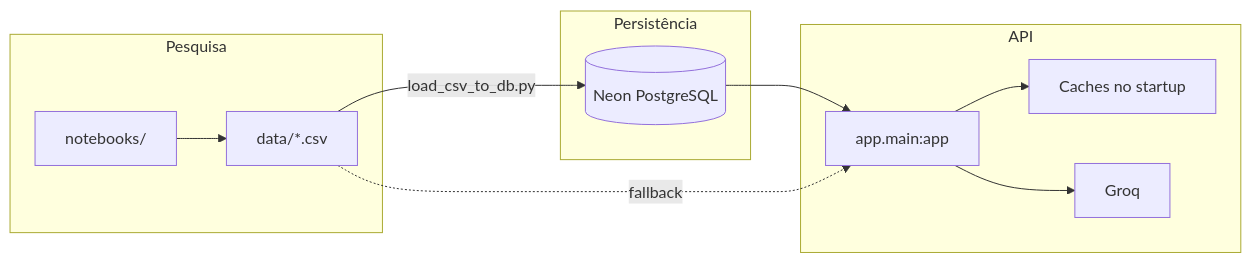
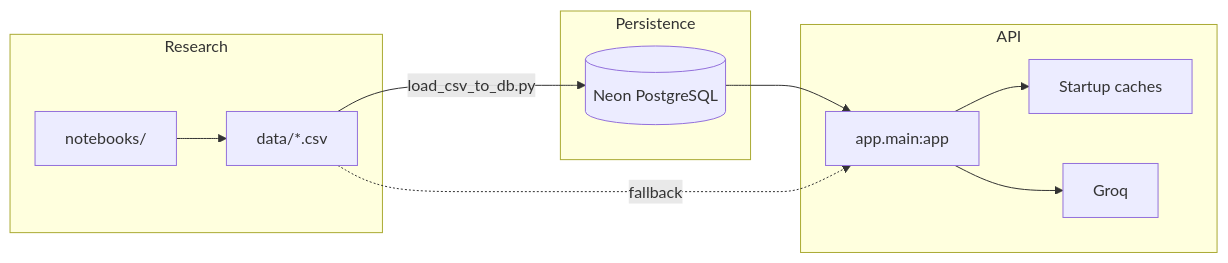
The second of 2 diagrams in README.md (sidnei-almeida/corporate-signal-intelligence), drawn with Mermaid before and after one commit. The commit also changed other lines of this file, not shown here.

````diff
--- a/README.md
+++ b/README.md
@@ -273,21 +273,21 @@
 ```mermaid
 flowchart LR
-  subgraph research [Pesquisa]
+  subgraph research [Research]
     NB[notebooks/]
     CSV[data/*.csv]
   end
-  subgraph store [Persistência]
+  subgraph store [Persistence]
     NEON[(Neon PostgreSQL)]
   end
   subgraph serve [API]
     API[app.main:app]
-    CACHE[Caches no startup]
+    CACHE[Startup caches]
     GROQ[Groq]
   end
   NB --> CSV
   CSV -->|load_csv_to_db.py| NEON
   NEON --> API
   CSV -.->|fallback| API
   API --> CACHE
   API --> GROQ
 ```
````
